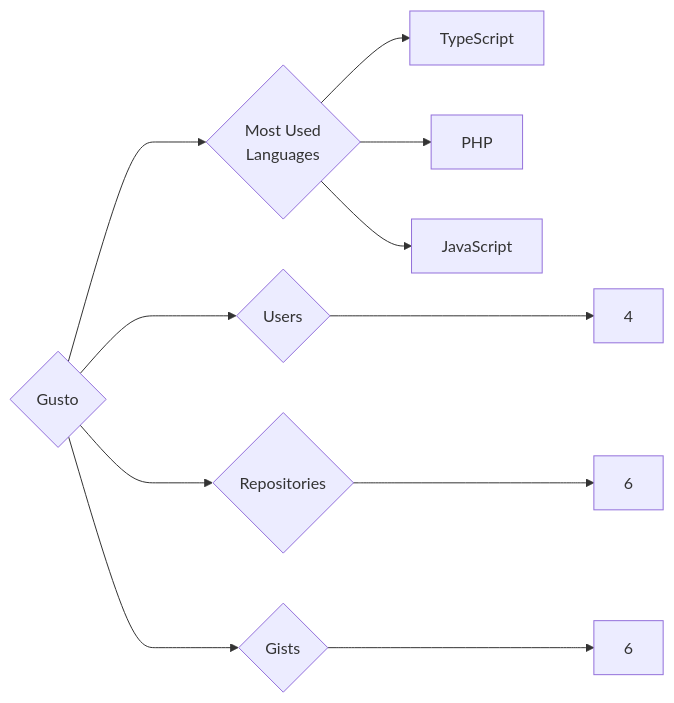
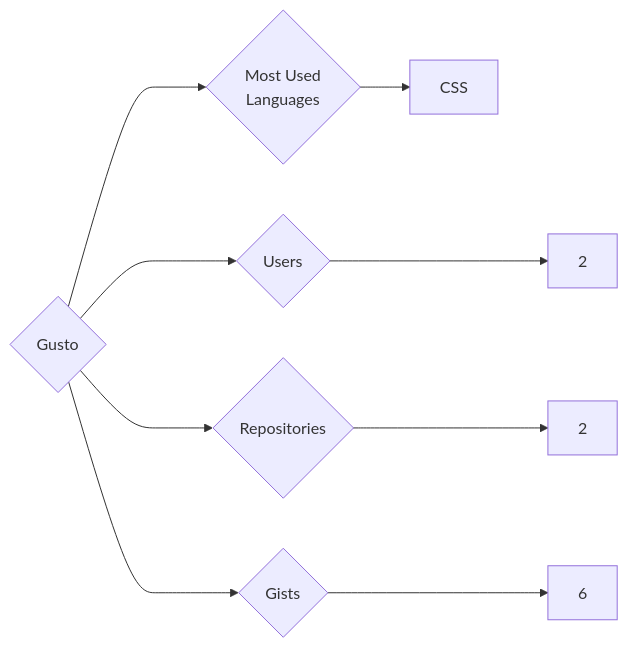
One commit to trickest/insiders changed the diagram in targets/Gusto/README.md. Above: the diagram before and after it, drawn with Mermaid. The commit also changed 933 other files, not shown here.

````diff
--- a/targets/Gusto/README.md
+++ b/targets/Gusto/README.md
@@ -3,11 +3,9 @@
 ```mermaid
 graph LR
 COMPANY_NAME{Gusto}
-COMPANY_NAME ---> U{Users} ---> UN[4]
-COMPANY_NAME ---> R{Repositories} ---> RN[6]
+COMPANY_NAME ---> U{Users} ---> UN[2]
+COMPANY_NAME ---> R{Repositories} ---> RN[2]
 COMPANY_NAME ---> G{Gists} ---> GN[6]
 COMPANY_NAME ---> ML{Most Used<br>Languages}
-ML --> TypeScript[TypeScript]
-ML --> PHP[PHP]
-ML --> JavaScript[JavaScript]
+ML --> CSS[CSS]
 ```
````
